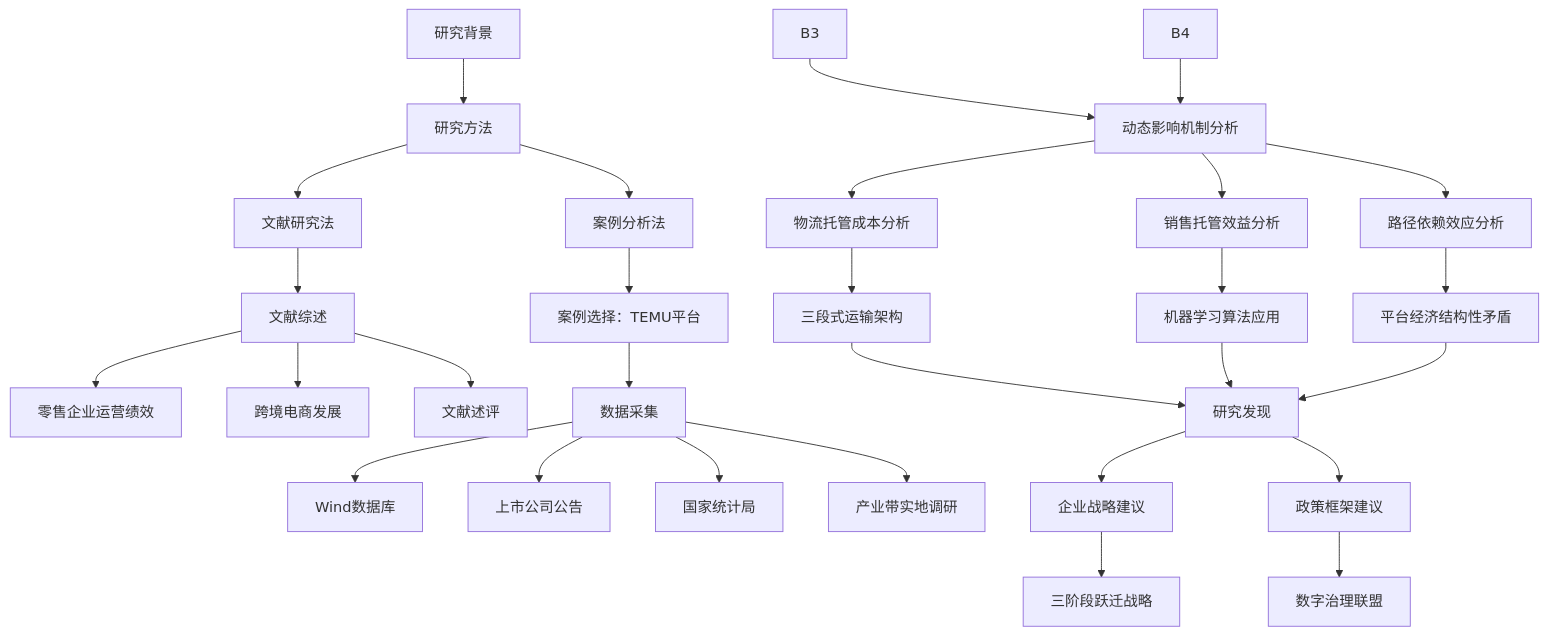
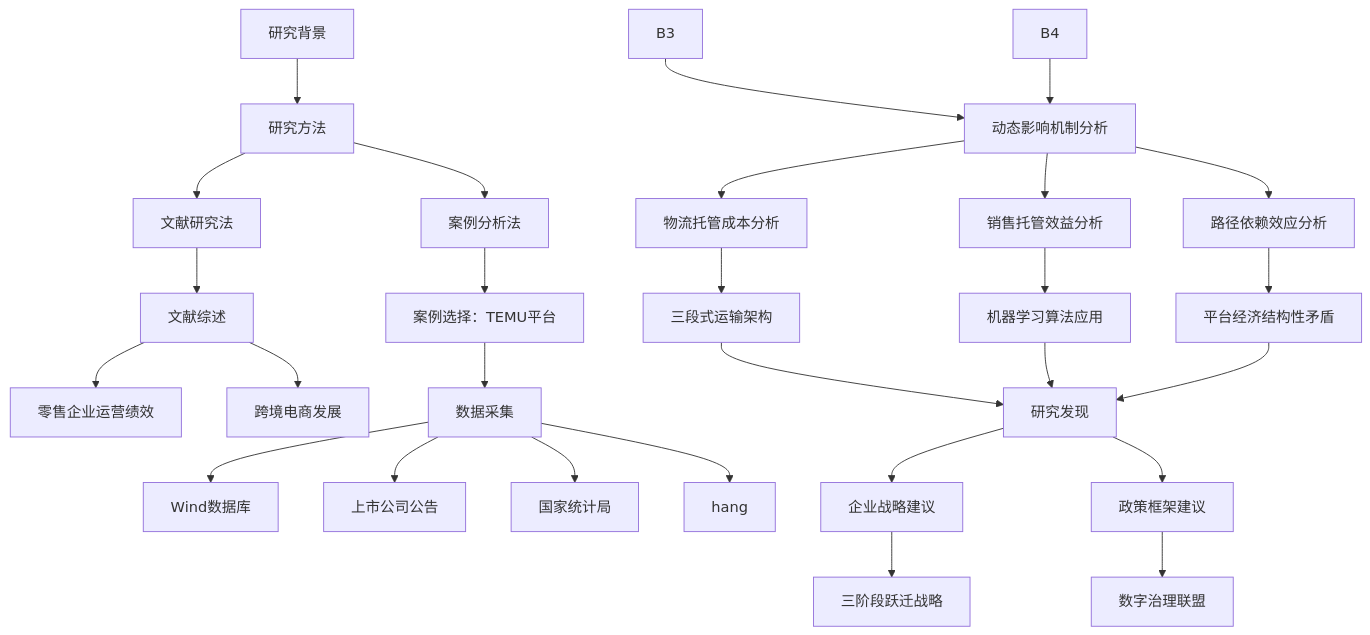
The diagram in all/未命名.md (Zora0203/iodraw-files), drawn with Mermaid before and after one commit.

Commit message:
2025-03-02 19:26:10 update

````diff
--- a/all/未命名.md
+++ b/all/未命名.md
@@ -1,37 +1,37 @@
 ```mermaid
 graph TD
     A[研究背景] --> B[研究方法]
     B --> B1[文献研究法]
     B --> B2[案例分析法]
 
     
     B1 --> C[文献综述]
     C --> C1[零售企业运营绩效]
     C --> C2[跨境电商发展]
-    C --> C3[文献述评]
+
     
     B2 --> D[案例选择：TEMU平台]
     D --> D1[数据采集]
     D1 --> D11[Wind数据库]
     D1 --> D12[上市公司公告]
     D1 --> D13[国家统计局]
-    D1 --> D14[产业带实地调研]
+    D1 --> D14[hang]
     
     B3 & B4 --> E[动态影响机制分析]
     E --> E1[物流托管成本分析]
     E --> E2[销售托管效益分析]
     E --> E3[路径依赖效应分析]
     
     E1 --> F[三段式运输架构]
     E2 --> G[机器学习算法应用]
     E3 --> H[平台经济结构性矛盾]
     
     F & G & H --> I[研究发现]
     I --> J[企业战略建议]
     I --> K[政策框架建议]
     
     J --> J1[三阶段跃迁战略]
     K --> K1[数字治理联盟]
     
 
 ```
````
